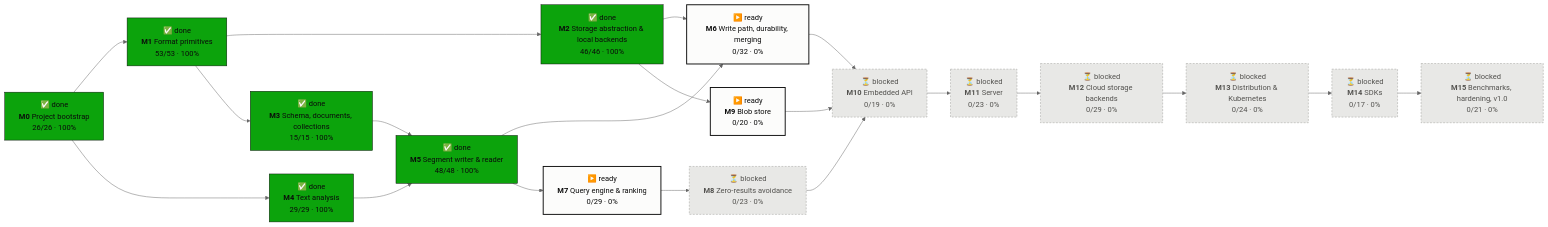
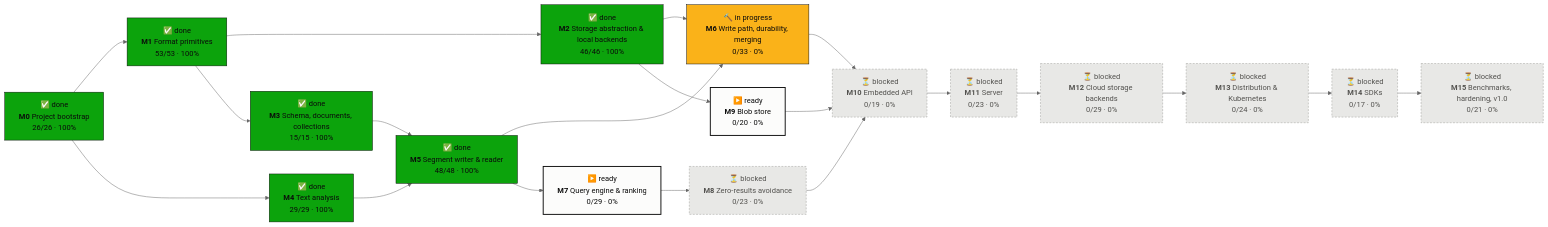
Before and after one commit to tomiok/persiaDB: the first of 2 diagrams in PROGRESS.md, drawn with Mermaid (neutral theme). The commit also changed other lines of this file and 18 other files, not shown here.

First line of the commit message:
feat(engine): memtable with MVCC views, SearchView traits and flush triggers (ROADMAP 6.1.1–6.1.4)

````diff
--- a/PROGRESS.md
+++ b/PROGRESS.md
@@ -16,42 +16,42 @@
 ```mermaid
 flowchart LR
   M0["✅ done<br/><b>M0</b> Project bootstrap<br/>26/26 · 100%"]:::done
   M1["✅ done<br/><b>M1</b> Format primitives<br/>53/53 · 100%"]:::done
   M2["✅ done<br/><b>M2</b> Storage abstraction & local backends<br/>46/46 · 100%"]:::done
   M3["✅ done<br/><b>M3</b> Schema, documents, collections<br/>15/15 · 100%"]:::done
   M4["✅ done<br/><b>M4</b> Text analysis<br/>29/29 · 100%"]:::done
   M5["✅ done<br/><b>M5</b> Segment writer & reader<br/>48/48 · 100%"]:::done
-  M6["▶️ ready<br/><b>M6</b> Write path, durability, merging<br/>0/32 · 0%"]:::ready
+  M6["🔨 in progress<br/><b>M6</b> Write path, durability, merging<br/>0/33 · 0%"]:::doing
   M7["▶️ ready<br/><b>M7</b> Query engine & ranking<br/>0/29 · 0%"]:::ready
   M8["⏳ blocked<br/><b>M8</b> Zero-results avoidance<br/>0/23 · 0%"]:::blocked
   M9["▶️ ready<br/><b>M9</b> Blob store<br/>0/20 · 0%"]:::ready
   M10["⏳ blocked<br/><b>M10</b> Embedded API<br/>0/19 · 0%"]:::blocked
   M11["⏳ blocked<br/><b>M11</b> Server<br/>0/23 · 0%"]:::blocked
   M12["⏳ blocked<br/><b>M12</b> Cloud storage backends<br/>0/29 · 0%"]:::blocked
   M13["⏳ blocked<br/><b>M13</b> Distribution & Kubernetes<br/>0/24 · 0%"]:::blocked
   M14["⏳ blocked<br/><b>M14</b> SDKs<br/>0/17 · 0%"]:::blocked
   M15["⏳ blocked<br/><b>M15</b> Benchmarks, hardening, v1.0<br/>0/21 · 0%"]:::blocked
   M0 --> M1
   M1 --> M2
   M1 --> M3
   M0 --> M4
   M3 --> M5
   M4 --> M5
   M2 --> M6
   M5 --> M6
   M5 --> M7
   M7 --> M8
   M2 --> M9
   M6 --> M10
   M8 --> M10
   M9 --> M10
   M10 --> M11
   M11 --> M12
   M12 --> M13
   M13 --> M14
   M14 --> M15
   classDef done fill:#0ca30c,stroke:#0b0b0b,color:#0b0b0b
   classDef doing fill:#fab219,stroke:#0b0b0b,color:#0b0b0b
   classDef ready fill:#fcfcfb,stroke:#0b0b0b,stroke-width:2px,color:#0b0b0b
   classDef blocked fill:#e8e8e6,stroke:#9a9a96,stroke-dasharray:4 3,color:#52514e
 ```
````
